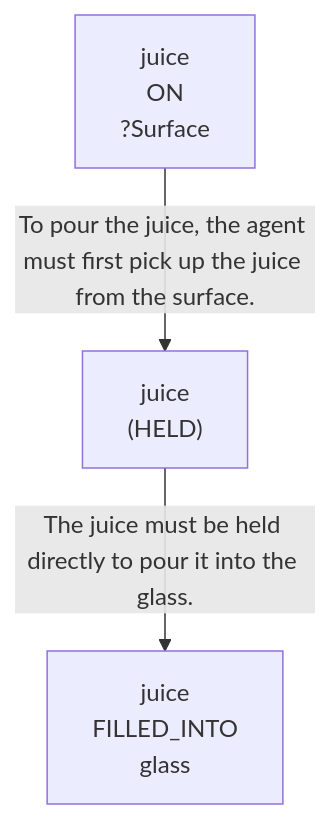
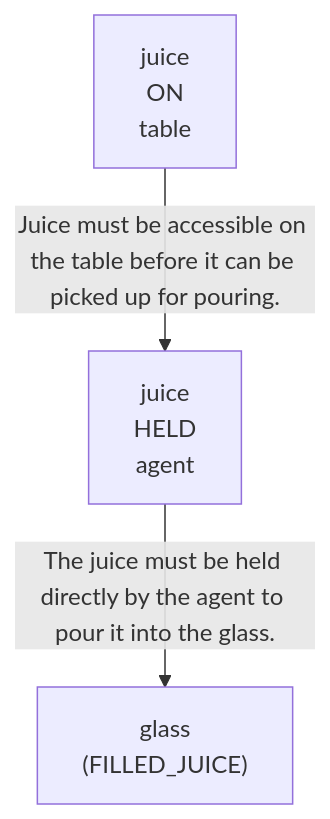
One commit to scuama/virtualhome changed the second of 4 diagrams in evaluation/results/table3/robostate/runs/without_goal_reasoning/G4_20/run_T3_without_goal_reasoning_G4_20.md. Above: the diagram before and after it, drawn with Mermaid. The commit also changed other lines of this file and 507 other files, not shown here.

````diff
--- a/evaluation/results/table3/robostate/runs/without_goal_reasoning/G4_20/run_T3_without_goal_reasoning_G4_20.md
+++ b/evaluation/results/table3/robostate/runs/without_goal_reasoning/G4_20/run_T3_without_goal_reasoning_G4_20.md
@@ -64,8 +64,8 @@
 ```mermaid
 graph TD
-    N1["juice<br>ON<br>?Surface"]
-    N2["juice<br>(HELD)"]
-    N3["juice<br>FILLED_INTO<br>glass"]
-    N1 -->|"To pour the juice, the agent must first pick up the juice from the surface."| N2
-    N2 -->|"The juice must be held directly to pour it into the glass."| N3
+    N1["juice<br>ON<br>table"]
+    N2["juice<br>HELD<br>agent"]
+    N3["glass<br>(FILLED_JUICE)"]
+    N1 -->|"Juice must be accessible on the table before it can be picked up for pouring."| N2
+    N2 -->|"The juice must be held directly by the agent to pour it into the glass."| N3
 ```
````
